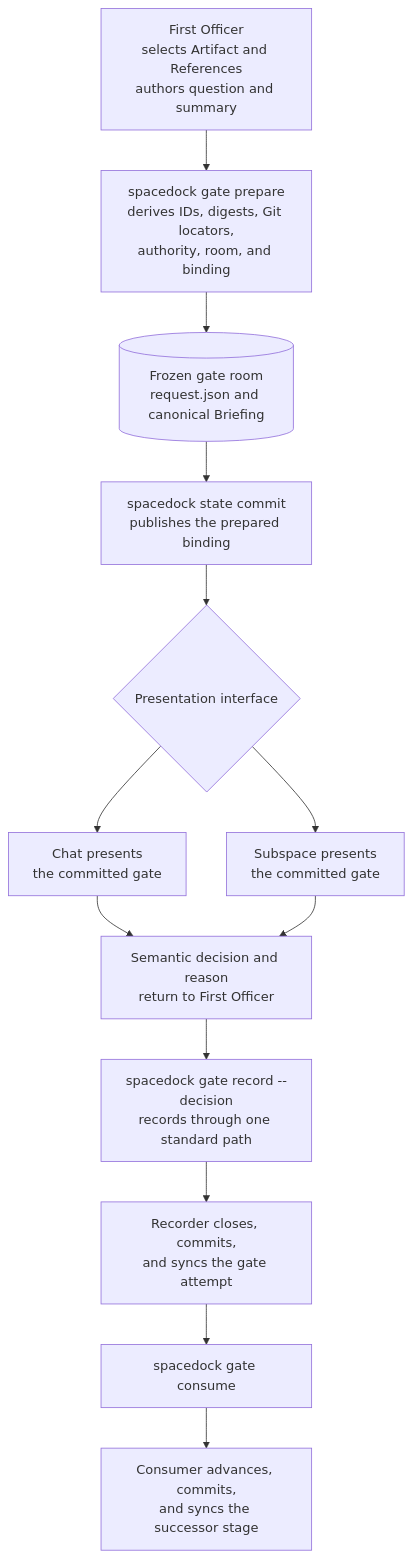
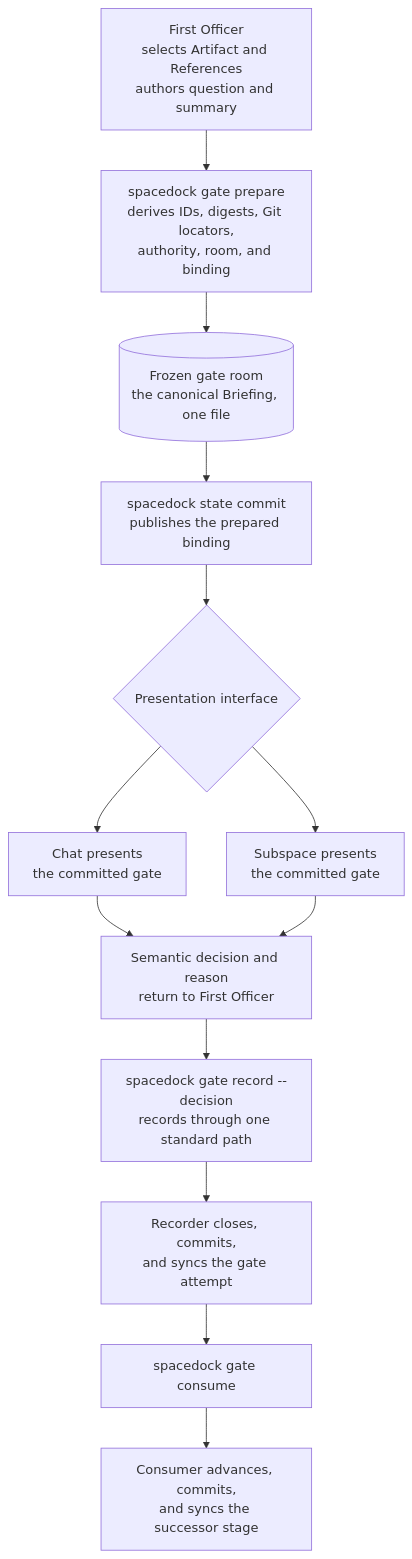
Before and after one commit to spacedock-dev/spacedock: the diagram in docs/specs/gate-resolution-frontmatter-contract.md, drawn with Mermaid. The commit also changed other lines of this file and 18 other files, not shown here.

````diff
--- a/docs/specs/gate-resolution-frontmatter-contract.md
+++ b/docs/specs/gate-resolution-frontmatter-contract.md
@@ -24,24 +24,24 @@
 ```mermaid
 flowchart TD
     FO["First Officer<br/>selects Artifact and References<br/>authors question and summary"]
     PREP["spacedock gate prepare<br/>derives IDs, digests, Git locators,<br/>authority, room, and binding"]
-    ROOM[("Frozen gate room<br/>request.json and canonical Briefing")]
+    ROOM[("Frozen gate room<br/>the canonical Briefing, one file")]
     COMMIT_PREP["spacedock state commit<br/>publishes the prepared binding"]
 
     CHANNEL{"Presentation interface"}
 
     FO --> PREP --> ROOM --> COMMIT_PREP --> CHANNEL
 
     CHAT["Chat presents<br/>the committed gate"]
     SUBSPACE["Subspace presents<br/>the committed gate"]
     SEMANTIC["Semantic decision and reason<br/>return to First Officer"]
     RECORD["spacedock gate record --decision<br/>records through one standard path"]
 
     CHANNEL --> CHAT --> SEMANTIC
     CHANNEL --> SUBSPACE --> SEMANTIC
     SEMANTIC --> RECORD
 
     RECORD --> CLOSED["Recorder closes, commits,<br/>and syncs the gate attempt"]
     CLOSED --> CONSUME["spacedock gate consume"]
     CONSUME --> NEXT["Consumer advances, commits,<br/>and syncs the successor stage"]
 ```
````
